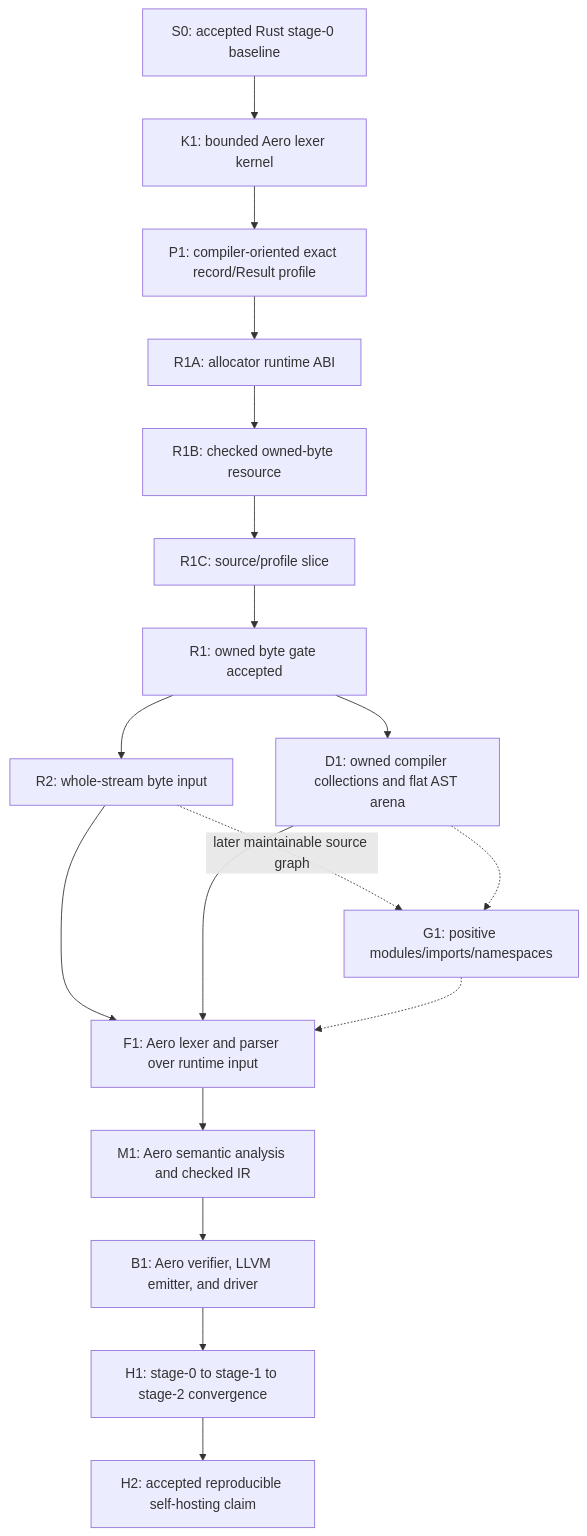
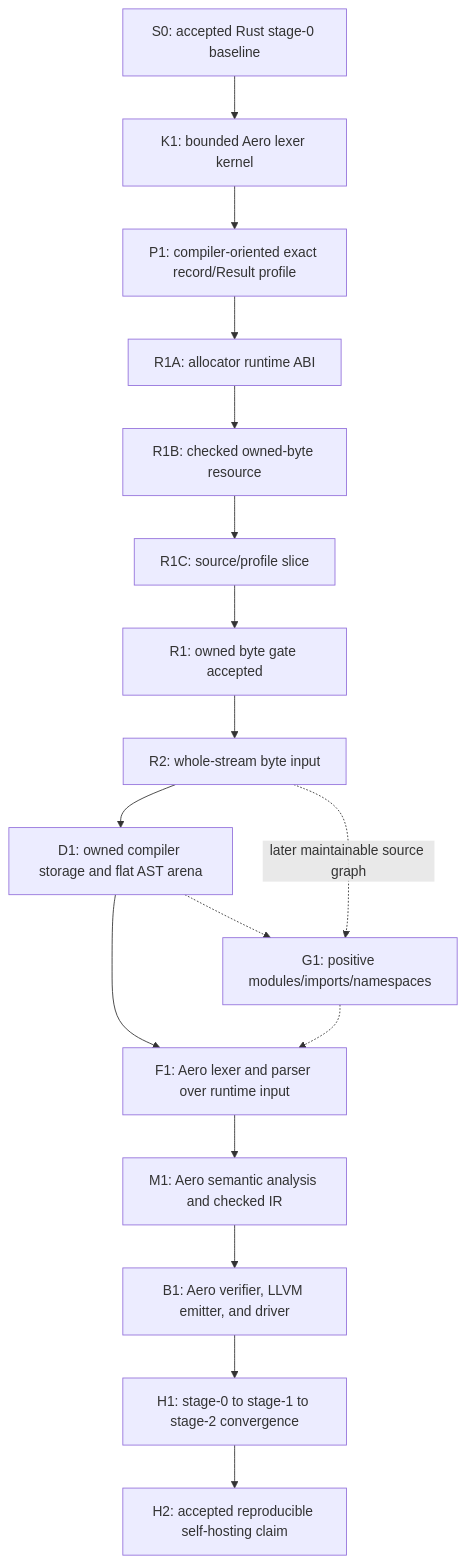
Before and after one commit to RobVanProd/Aero: the diagram in SELF_HOSTING_ROADMAP.md, drawn with Mermaid. The commit also changed other lines of this file and 5 other files, not shown here.

Commit message:
docs: record D1 compiler storage checkpoint

````diff
--- a/SELF_HOSTING_ROADMAP.md
+++ b/SELF_HOSTING_ROADMAP.md
@@ -141,20 +152,19 @@
 ```mermaid
 flowchart TD
     S0["S0: accepted Rust stage-0 baseline"] --> K1["K1: bounded Aero lexer kernel"]
     K1 --> P1["P1: compiler-oriented exact record/Result profile"]
     P1 --> R1A["R1A: allocator runtime ABI"]
     R1A --> R1B["R1B: checked owned-byte resource"]
     R1B --> R1C["R1C: source/profile slice"]
     R1C --> R1["R1: owned byte gate accepted"]
     R1 --> R2["R2: whole-stream byte input"]
-    R1 --> D1["D1: owned compiler collections and flat AST arena"]
-    R2 --> F1["F1: Aero lexer and parser over runtime input"]
-    D1 --> F1
+    R2 --> D1["D1: owned compiler storage and flat AST arena"]
+    D1 --> F1["F1: Aero lexer and parser over runtime input"]
     F1 --> M1["M1: Aero semantic analysis and checked IR"]
     M1 --> B1["B1: Aero verifier, LLVM emitter, and driver"]
     B1 --> H1["H1: stage-0 to stage-1 to stage-2 convergence"]
     H1 --> H2["H2: accepted reproducible self-hosting claim"]
     R2 -. "later maintainable source graph" .-> G1["G1: positive modules/imports/namespaces"]
     D1 -.-> G1
     G1 -.-> F1
 ```
````
